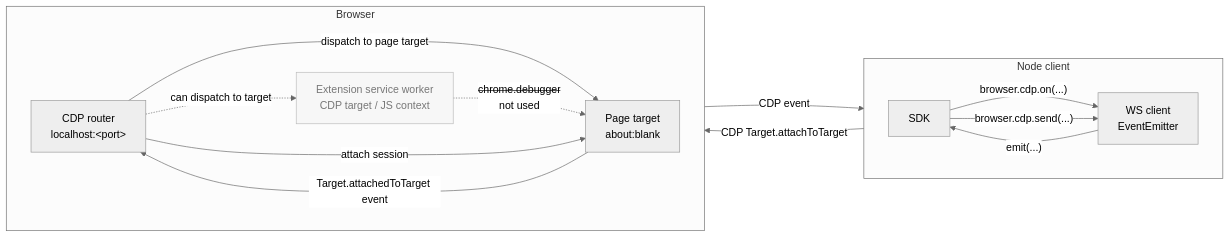
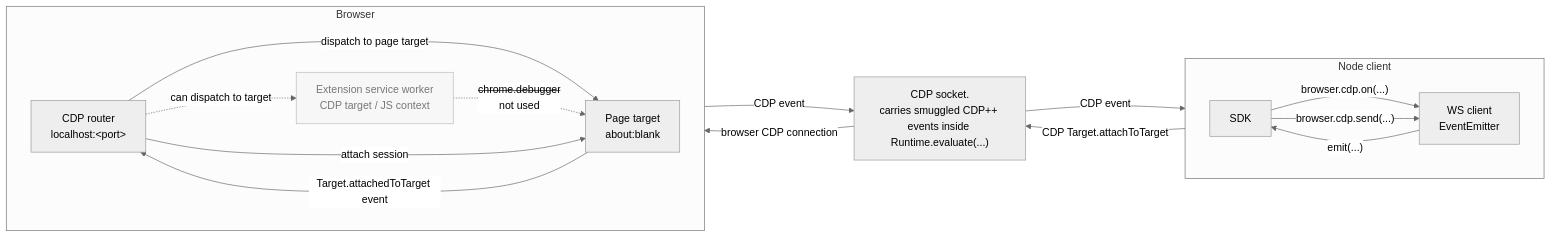
One commit to pirate/chrome-cdp-extension-bridge changed the second of 4 diagrams in README.md. Above: the diagram before and after it, drawn with Mermaid (neutral theme). The commit also changed other lines of this file, not shown here.

Commit message:
Align CDP socket flow diagrams

````diff
--- a/README.md
+++ b/README.md
@@ -70,29 +73,33 @@
 ```mermaid
 flowchart LR
   subgraph Node["Node client"]
     direction LR
     SDK["SDK"]
     WS["WS client<br/>EventEmitter"]
     SDK -->|"browser.cdp.on(...)"| WS
     SDK -->|"browser.cdp.send(...)"| WS
   end
 
   subgraph Browser["Browser"]
     direction LR
     CDP["CDP router<br/>localhost:&lt;port&gt;"]
     SW["Extension service worker<br/>CDP target / JS context"]
     Page["Page target<br/>about:blank"]
     CDP -. "can dispatch to target" .-> SW
     CDP -->|"dispatch to page target"| Page
     SW -. "<s>chrome.debugger</s><br/>not used" .-> Page
   end
 
-  WS -->|"CDP Target.attachToTarget"| CDP
+  Socket["CDP socket.<br/>carries smuggled CDP++ events inside Runtime.evaluate(...)"]
+
+  WS -->|"CDP Target.attachToTarget"| Socket
+  Socket -->|"browser CDP connection"| CDP
   CDP -->|"attach session"| Page
   Page -->|"Target.attachedToTarget event"| CDP
-  CDP -->|"CDP event"| WS
+  CDP -->|"CDP event"| Socket
+  Socket -->|"CDP event"| WS
   WS -->|"emit(...)"| SDK
 
   classDef idle fill:#f7f7f7,stroke:#bbb,color:#777;
   class SW idle;
 ```
````
